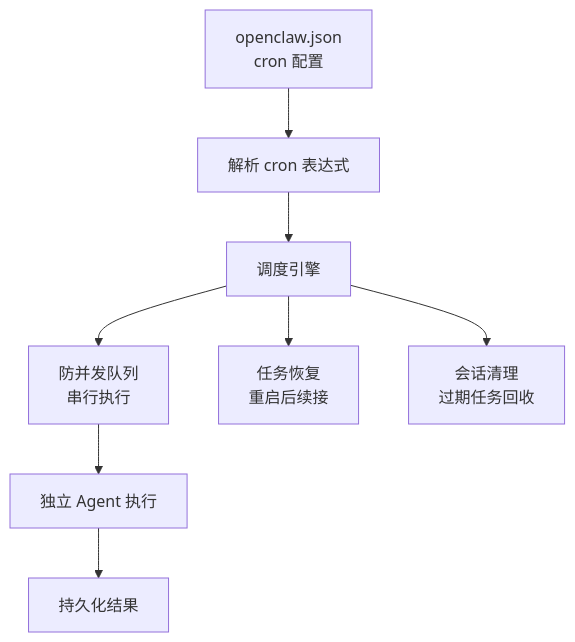
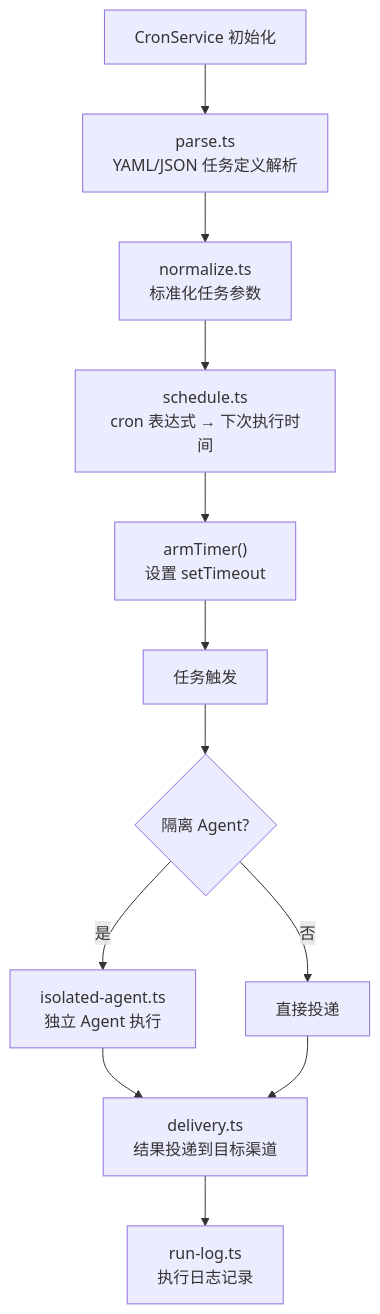
Before and after one commit to royalwang/openclaw: the first of 2 diagrams in zh-docs/modules/cron.md, drawn with Mermaid. The commit also changed other lines of this file and 8 other files, not shown here.

````diff
--- a/zh-docs/modules/cron.md
+++ b/zh-docs/modules/cron.md
@@ -5,11 +7,14 @@
 ```mermaid
 flowchart TD
-    CONFIG["openclaw.json<br/>cron 配置"] --> PARSE["解析 cron 表达式"]
-    PARSE --> SCHEDULER["调度引擎"]
-    SCHEDULER --> QUEUE["防并发队列<br/>串行执行"]
-    QUEUE --> AGENT["独立 Agent 执行"]
-    AGENT --> PERSIST["持久化结果"]
-
-    SCHEDULER --> RECOVER["任务恢复<br/>重启后续接"]
-    SCHEDULER --> CLEANUP["会话清理<br/>过期任务回收"]
+    START["CronService 初始化"] --> PARSE["parse.ts<br/>YAML/JSON 任务定义解析"]
+    PARSE --> NORMALIZE["normalize.ts<br/>标准化任务参数"]
+    NORMALIZE --> SCHEDULE["schedule.ts<br/>cron 表达式 → 下次执行时间"]
+    SCHEDULE --> ARM["armTimer()<br/>设置 setTimeout"]
+    ARM --> FIRE["任务触发"]
+    FIRE --> ISOLATED{"隔离 Agent?"}
+    ISOLATED -->|是| ISO_RUN["isolated-agent.ts<br/>独立 Agent 执行"]
+    ISOLATED -->|否| DIRECT_RUN["直接投递"]
+    ISO_RUN --> DELIVERY["delivery.ts<br/>结果投递到目标渠道"]
+    DIRECT_RUN --> DELIVERY
+    DELIVERY --> LOG["run-log.ts<br/>执行日志记录"]
 ```
````
